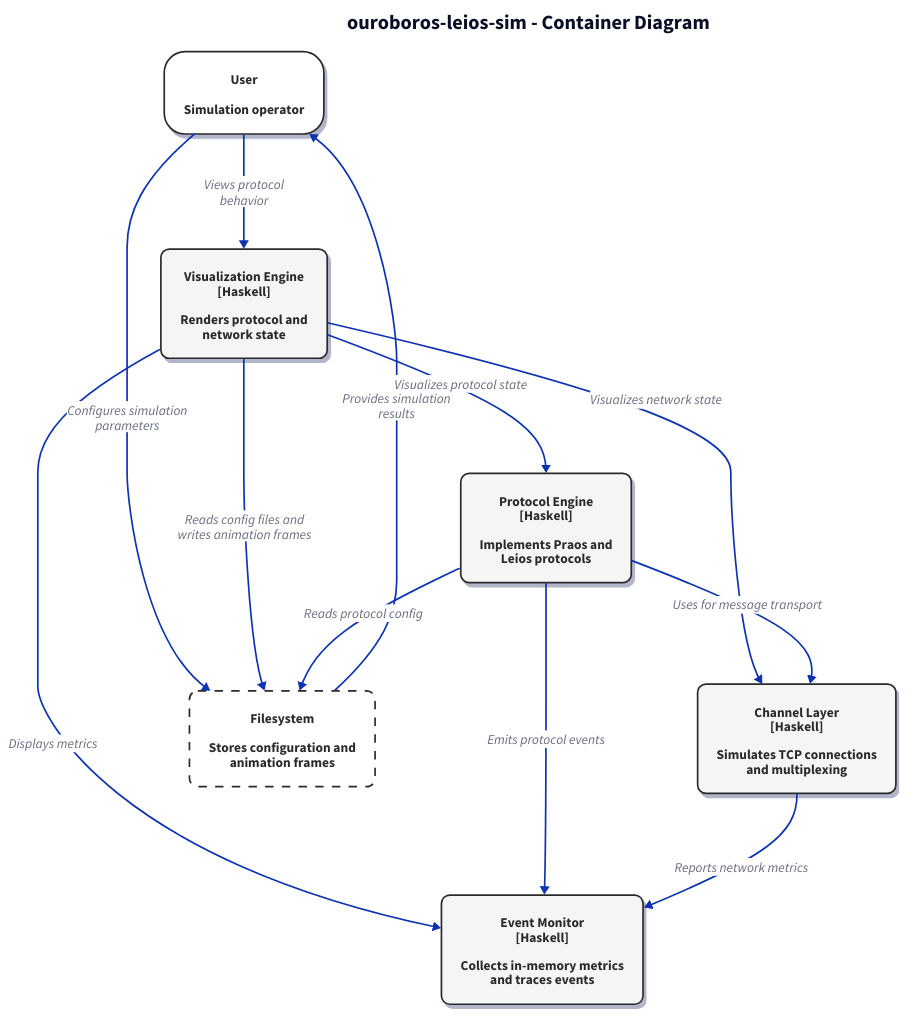
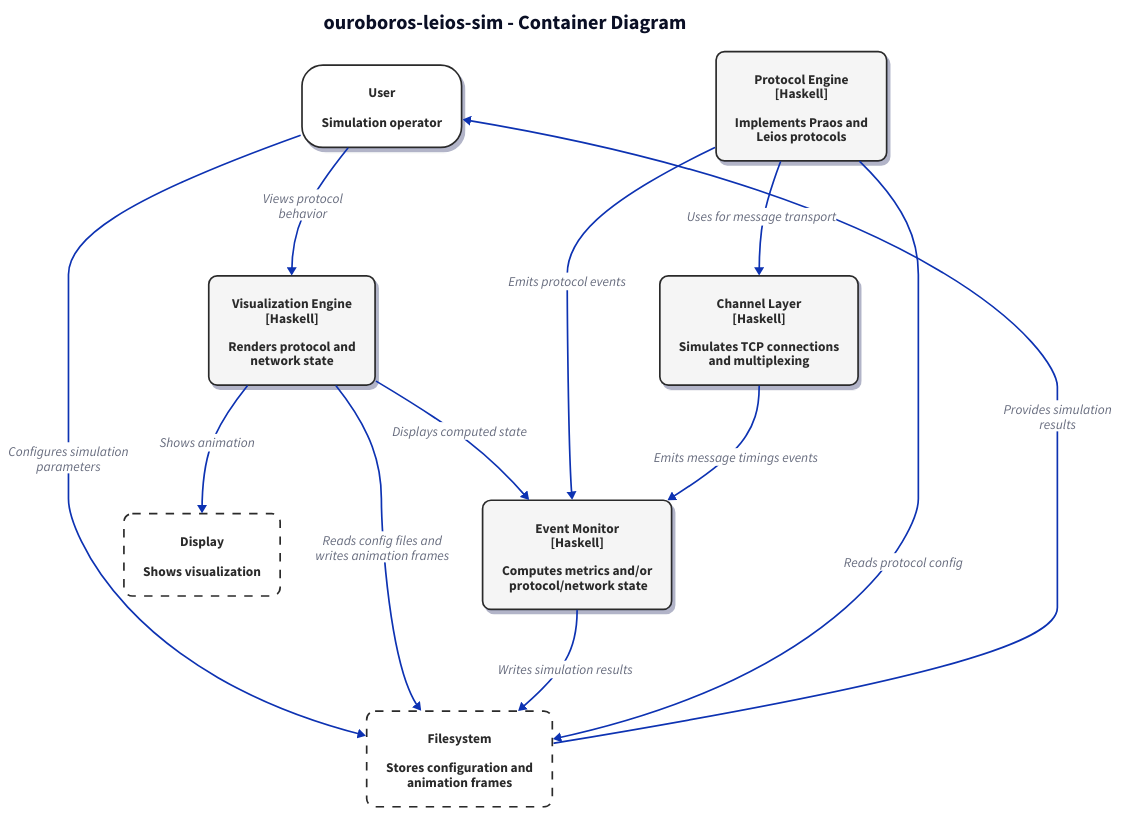
One commit to input-output-hk/ouroboros-leios changed the diagram in simulation/docs/container.d2. Above: the diagram before and after it, drawn with D2. The commit also changed 1 other file, not shown here.

Commit message:
simulation: updated container diagram

```diff
--- a/simulation/docs/container.d2
+++ b/simulation/docs/container.d2
@@ -1,85 +1,94 @@
 title: {
   label: "ouroboros-leios-sim - Container Diagram"
   near: top-center
   shape: text
   style.font-size: 24
   style.bold: true
 }
 
 # Styles
 classes: {
   container: {
     style: {
       stroke: "#2a2a2a"
       fill: "#f5f5f5"
       font-color: "#2a2a2a"
       border-radius: 10
       shadow: true
     }
   }
   external: {
     style: {
       stroke: "#2a2a2a"
       fill: "#ffffff"
       font-color: "#2a2a2a"
       border-radius: 10
       stroke-dash: 5
     }
   }
   actor: {
     style: {
       stroke: "#2a2a2a"
       fill: "#ffffff"
       font-color: "#2a2a2a"
       border-radius: 25
       shadow: true
     }
   }
 }
 
 user: {
   class: actor
   label: "User\n\nSimulation operator"
 }
 
 protocol-engine: {
   class: container
   label: "Protocol Engine\n[Haskell]\n\nImplements Praos and\nLeios protocols"
 }
 
 network: {
   class: container
   label: "Channel Layer\n[Haskell]\n\nSimulates TCP connections\nand multiplexing"
 }
 
 monitor: {
   class: container
-  label: "Event Monitor\n[Haskell]\n\nCollects in-memory metrics\nand traces events"
+  label: "Event Monitor\n[Haskell]\n\nComputes metrics and/or\n protocol/network state"
 }
 
 viz: {
   class: container
   label: "Visualization Engine\n[Haskell]\n\nRenders protocol and\nnetwork state"
 }
 
 filesystem: {
   class: external
   label: "Filesystem\n\nStores configuration and\nanimation frames"
 }
 
+display: {
+  class: external
+  label: "Display\n\nShows visualization"
+}
+
 # Relationships
 user -> viz: "Views protocol\nbehavior"
 user -> filesystem: "Configures simulation\nparameters"
 
 viz -> filesystem: "Reads config files and\nwrites animation frames"
-viz -> protocol-engine: "Visualizes protocol state"
-viz -> network: "Visualizes network state"
-viz -> monitor: "Displays metrics"
+#viz -> protocol-engine: "Visualizes protocol state"
+#viz -> network: "Visualizes network state"
+viz -> monitor: "Displays computed state"
+viz -> display: "Shows animation"
+
+monitor -> filesystem: "Writes simulation results"
 
 protocol-engine -> network: "Uses for message transport"
 protocol-engine -> monitor: "Emits protocol events"
 protocol-engine -> filesystem: "Reads protocol config"
 
-network -> monitor: "Reports network metrics"
+network -> monitor: "Emits message timings events"
+
 
 filesystem -> user: "Provides simulation\nresults"
```
